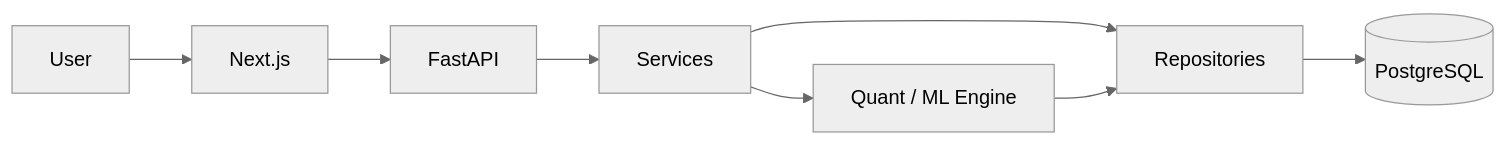
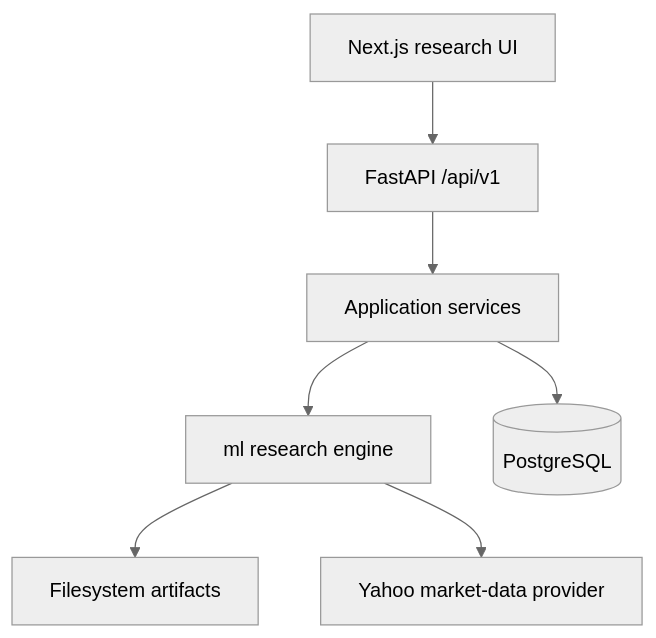
Before and after one commit to Hypersb/stock-price-prediction-with-lsmt: the first of 2 diagrams in README.md, drawn with Mermaid (neutral theme). The commit also changed other lines of this file and 2 other files, not shown here.

````diff
--- a/README.md
+++ b/README.md
@@ -53,10 +58,15 @@
 ```mermaid
-flowchart LR
-    User[User] --> FE[Next.js]
-    FE --> API[FastAPI]
-    API --> Svc[Services]
-    Svc --> Repo[Repositories]
-    Repo --> DB[(PostgreSQL)]
-    Svc --> Eng[Quant / ML Engine]
-    Eng --> Repo
+flowchart TB
+  UI[Next.js research UI]
+  API[FastAPI /api/v1]
+  SVC[Application services]
+  ML[ml research engine]
+  DB[(PostgreSQL)]
+  FS[Filesystem artifacts]
+  YF[Yahoo market-data provider]
+  UI --> API --> SVC
+  SVC --> ML
+  SVC --> DB
+  ML --> FS
+  ML --> YF
 ```
````
